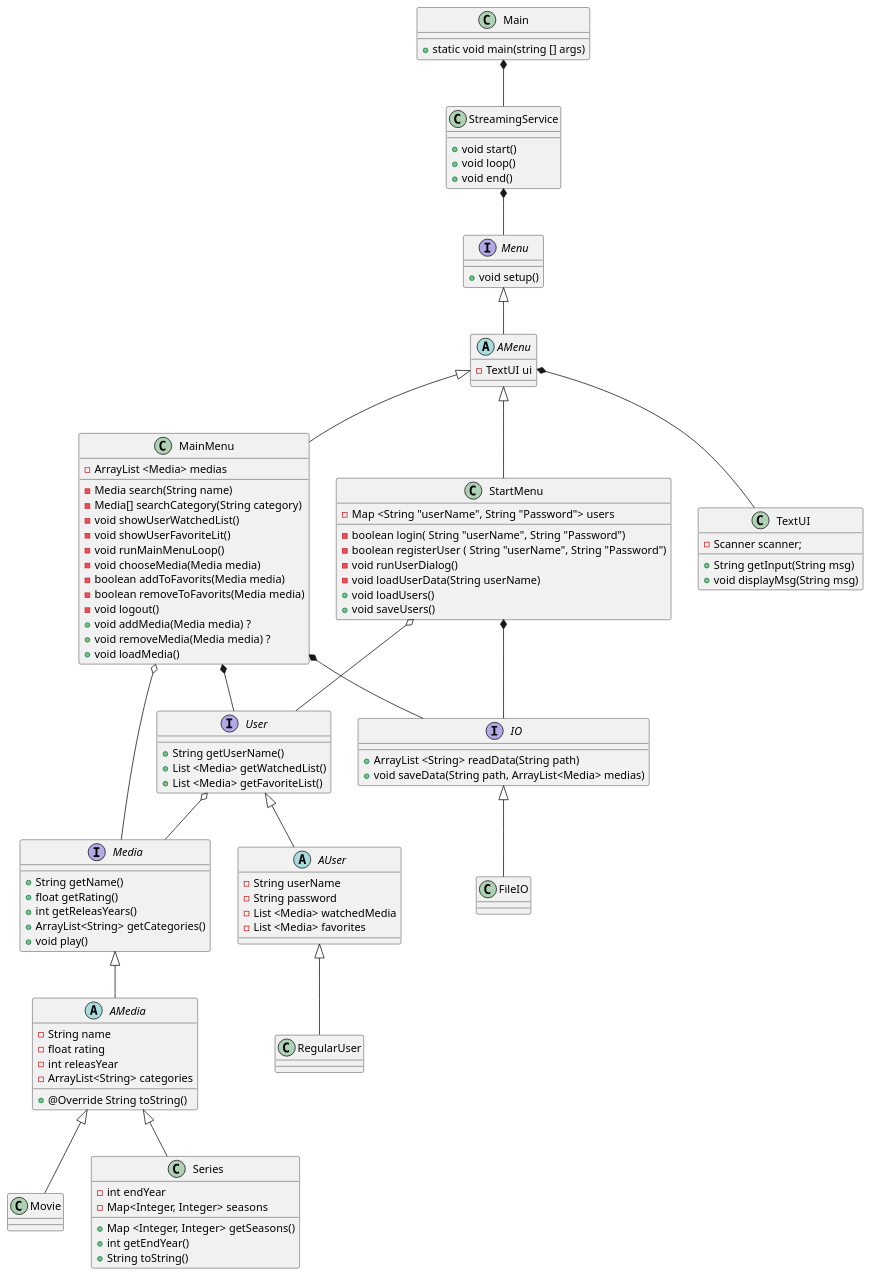
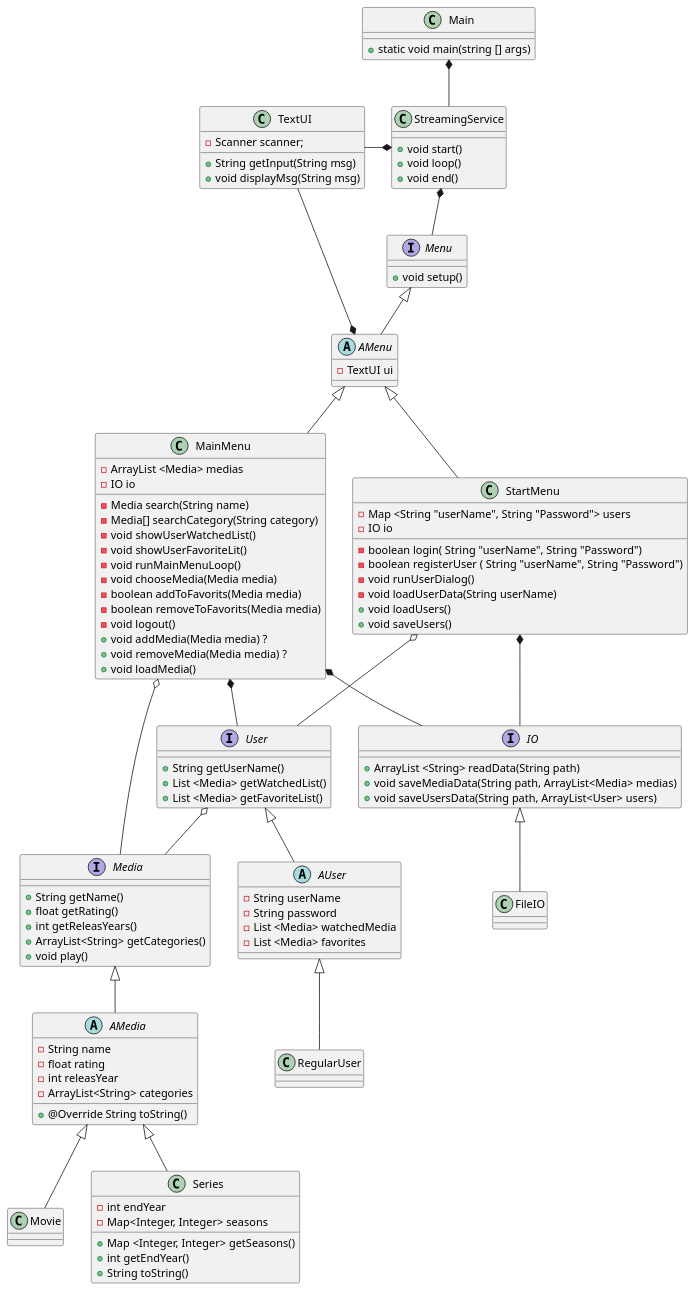
Before and after one commit to Shiihon/SP3_plus: the diagram in doc/dynamic/sequence.puml, drawn with PlantUML. The commit also changed 4 other files, not shown here.

```diff
--- a/doc/dynamic/sequence.puml
+++ b/doc/dynamic/sequence.puml
@@ -1,121 +1,127 @@
 @startuml
 class Main
 class StreamingService
 interface Menu
 abstract class AMenu
 class StartMenu
 class MainMenu
 interface User
 abstract class AUser
 class RegularUser
 interface Media
 abstract class AMedia
 class Movie
 class Series
 interface IO
 class FileIO
 class TextUI
 
 Main *-- StreamingService
 StreamingService *-- Menu
 Menu <|-- AMenu
 AMenu <|-- StartMenu
 AMenu <|-- MainMenu
 AMenu *-- TextUI
 StartMenu *-- IO
 MainMenu *-- IO
 IO <|-- FileIO
 StartMenu o-- User
 MainMenu *-- User
 User <|-- AUser
 AUser <|-- RegularUser
 MainMenu o-- Media
 User o-- Media
 Media <|-- AMedia
 AMedia <|-- Movie
 AMedia <|-- Series
 
 
 Main : + static void main(string [] args)
 
 
 StreamingService : + void start()
 StreamingService : + void loop()
 StreamingService : + void end()
 
 
+StreamingService *-l- TextUI
+
+
 Menu : + void setup()
 
 
 AMenu : - TextUI ui
 
 
 StartMenu : - Map <String "userName", String "Password"> users
+StartMenu : - IO io
 
 StartMenu : - boolean login( String "userName", String "Password")
 StartMenu : - boolean registerUser ( String "userName", String "Password")
 StartMenu : - void runUserDialog()
 StartMenu : - void loadUserData(String userName)
 StartMenu : + void loadUsers()
 StartMenu : + void saveUsers()
 
 
 MainMenu : - ArrayList <Media> medias
+MainMenu : - IO io
 
 MainMenu : - Media search(String name)
 MainMenu : - Media[] searchCategory(String category)
 MainMenu : - void showUserWatchedList()
 MainMenu : - void showUserFavoriteLit()
 MainMenu : - void runMainMenuLoop()
 MainMenu : - void chooseMedia(Media media)
 MainMenu : - boolean addToFavorits(Media media)
 MainMenu : - boolean removeToFavorits(Media media)
 MainMenu : - void logout()
 MainMenu : + void addMedia(Media media) ?
 MainMenu : + void removeMedia(Media media) ?
 MainMenu : + void loadMedia()
 
 
 User : + String getUserName()
 User : + List <Media> getWatchedList()
 User : + List <Media> getFavoriteList()
 
 
 AUser : - String userName
 AUser : - String password
 AUser : - List <Media> watchedMedia
 AUser : - List <Media> favorites
 
 
 Media : + String getName()
 Media : + float getRating()
 Media : + int getReleasYears()
 Media : + ArrayList<String> getCategories()
 Media : + void play()
 
 
 AMedia : - String name
 AMedia : - float rating
 AMedia : - int releasYear
 AMedia : - ArrayList<String> categories
 
 AMedia : + @Override String toString()
 
 
 Series : - int endYear
 Series : - Map<Integer, Integer> seasons
 Series : + Map <Integer, Integer> getSeasons()
 
 Series : + int getEndYear()
 Series : + String toString()
 
 
 IO : + ArrayList <String> readData(String path)
-IO : + void saveData(String path, ArrayList<Media> medias)
+IO : + void saveMediaData(String path, ArrayList<Media> medias)
+IO : + void saveUsersData(String path, ArrayList<User> users)
 
 TextUI : - Scanner scanner;
 
 TextUI : + String getInput(String msg)
 TextUI : + void displayMsg(String msg)
 
 @enduml
```
